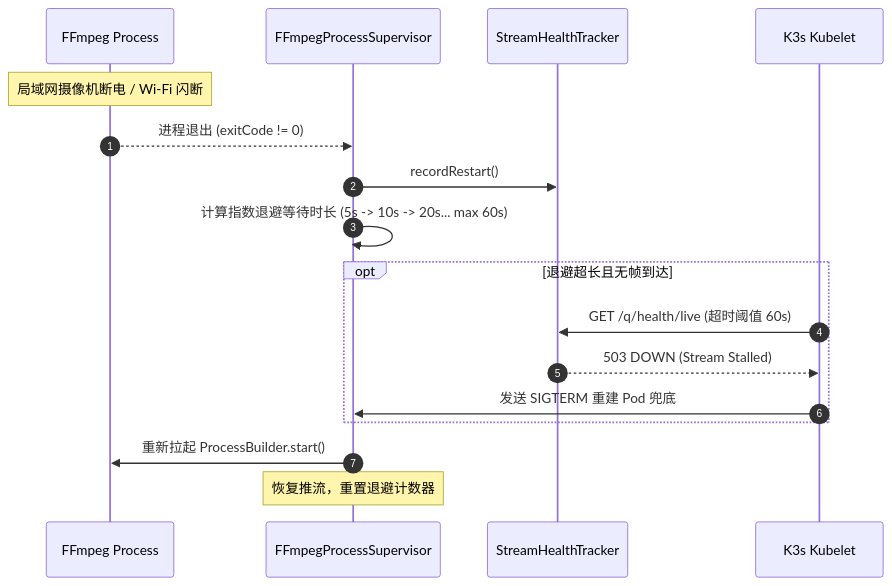
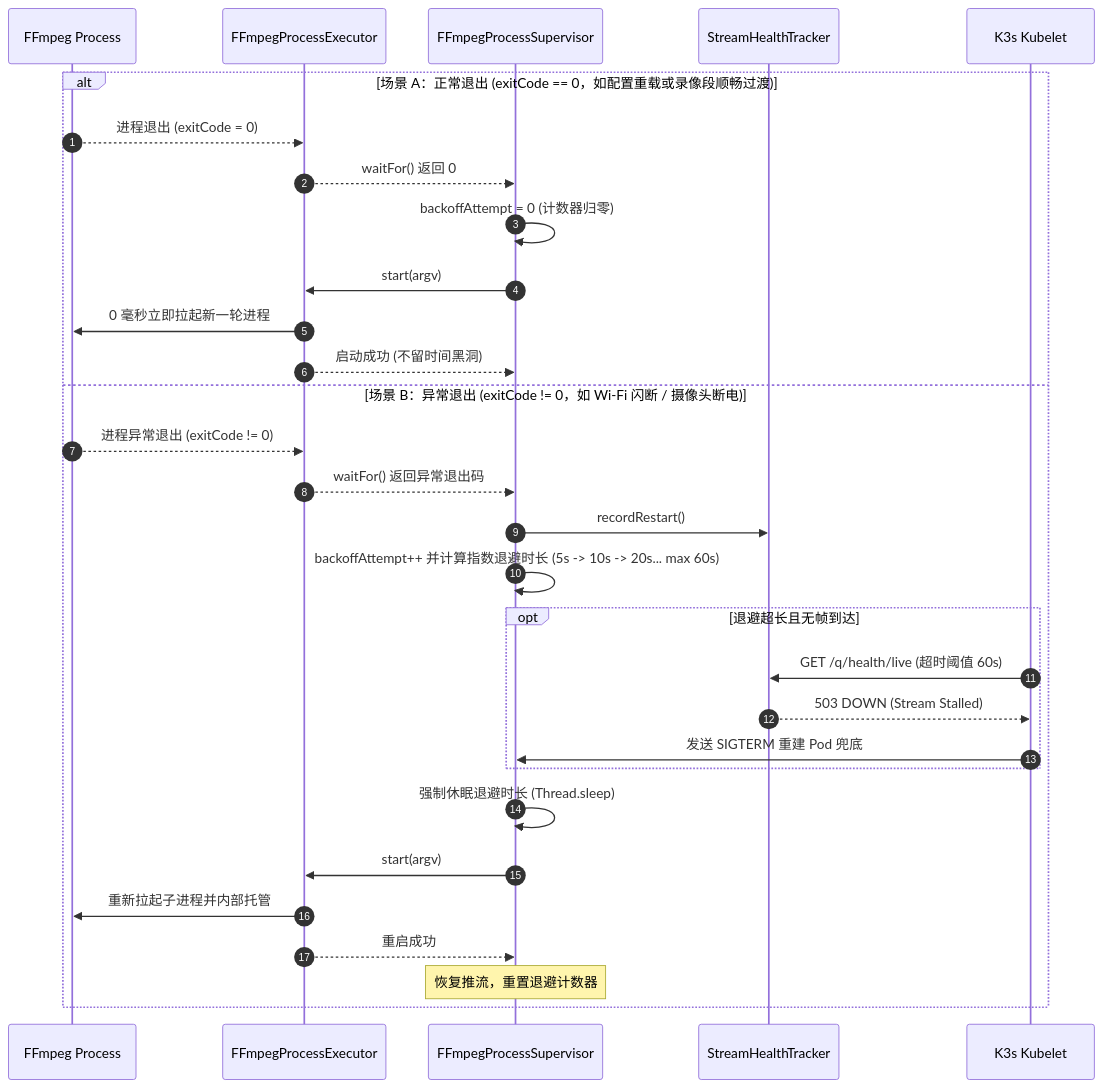
Before and after one commit to nvd11/cctv-collector: the third of 5 diagrams in docs/CLASS_DESIGN.md, drawn with Mermaid. The commit also changed other lines of this file and 6 other files, not shown here.

First line of the commit message:
feat: Implement FFmpegProcessExecutor for managing FFmpeg subprocesses

````diff
--- a/docs/CLASS_DESIGN.md
+++ b/docs/CLASS_DESIGN.md
@@ -263,23 +284,35 @@
 ```mermaid
 sequenceDiagram
     autonumber
     participant Process as FFmpeg Process
+    participant Exec as FFmpegProcessExecutor
     participant Super as FFmpegProcessSupervisor
     participant Tracker as StreamHealthTracker
     participant K3s as K3s Kubelet
 
-    Note over Process: 局域网摄像机断电 / Wi-Fi 闪断
-    Process-->>Super: 进程退出 (exitCode != 0)
-    Super->>Tracker: recordRestart()
-    
-    Super->>Super: 计算指数退避等待时长 (5s -> 10s -> 20s... max 60s)
-    
-    opt 退避超长且无帧到达
-        K3s->>Tracker: GET /q/health/live (超时阈值 60s)
-        Tracker-->>K3s: 503 DOWN (Stream Stalled)
-        K3s->>Super: 发送 SIGTERM 重建 Pod 兜底
+    alt 场景 A：正常退出 (exitCode == 0，如配置重载或录像段顺畅过渡)
+        Process-->>Exec: 进程退出 (exitCode = 0)
+        Exec-->>Super: waitFor() 返回 0
+        Super->>Super: backoffAttempt = 0 (计数器归零)
+        Super->>Exec: start(argv)
+        Exec->>Process: 0 毫秒立即拉起新一轮进程
+        Exec-->>Super: 启动成功 (不留时间黑洞)
+    else 场景 B：异常退出 (exitCode != 0，如 Wi-Fi 闪断 / 摄像头断电)
+        Process-->>Exec: 进程异常退出 (exitCode != 0)
+        Exec-->>Super: waitFor() 返回异常退出码
+        Super->>Tracker: recordRestart()
+        Super->>Super: backoffAttempt++ 并计算指数退避时长 (5s -> 10s -> 20s... max 60s)
+        
+        opt 退避超长且无帧到达
+            K3s->>Tracker: GET /q/health/live (超时阈值 60s)
+            Tracker-->>K3s: 503 DOWN (Stream Stalled)
+            K3s->>Super: 发送 SIGTERM 重建 Pod 兜底
+        end
+
+        Super->>Super: 强制休眠退避时长 (Thread.sleep)
+        Super->>Exec: start(argv)
+        Exec->>Process: 重新拉起子进程并内部托管
+        Exec-->>Super: 重启成功
+        Note over Super: 恢复推流，重置退避计数器
     end
-
-    Super->>Process: 重新拉起 ProcessBuilder.start()
-    Note over Super: 恢复推流，重置退避计数器
 ```
````
